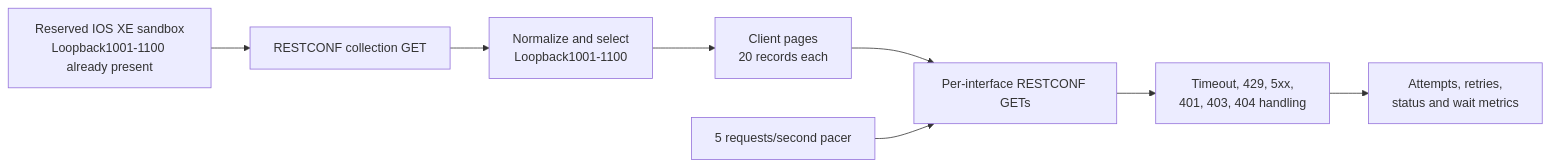
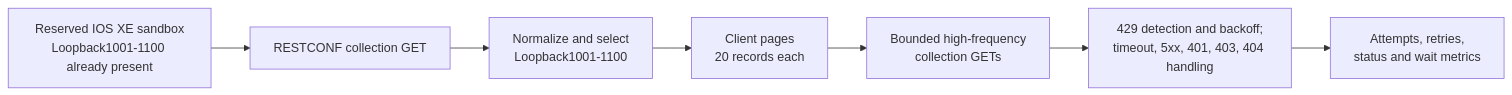
One commit to tanthanh85/CCNPAUTO changed the diagram in LAB/Lab3/Lab3.md. Above: the diagram before and after it, drawn with Mermaid. The commit also changed other lines of this file and 8 other files, not shown here.

````diff
--- a/LAB/Lab3/Lab3.md
+++ b/LAB/Lab3/Lab3.md
@@ -49,12 +49,11 @@
 ```mermaid
 flowchart LR
     XE["Reserved IOS XE sandbox<br/>Loopback1001-1100 already present"]
     XE --> Collection["RESTCONF collection GET"]
     Collection --> Normalize["Normalize and select<br/>Loopback1001-1100"]
     Normalize --> Pages["Client pages<br/>20 records each"]
 
-    Pages --> Detail["Per-interface RESTCONF GETs"]
-    Pacer["5 requests/second pacer"] --> Detail
-    Detail --> Errors["Timeout, 429, 5xx,<br/>401, 403, 404 handling"]
+    Pages --> Burst["Bounded high-frequency<br/>collection GETs"]
+    Burst --> Errors["429 detection and backoff;<br/>timeout, 5xx, 401, 403, 404 handling"]
     Errors --> Metrics["Attempts, retries,<br/>status and wait metrics"]
 ```
````
